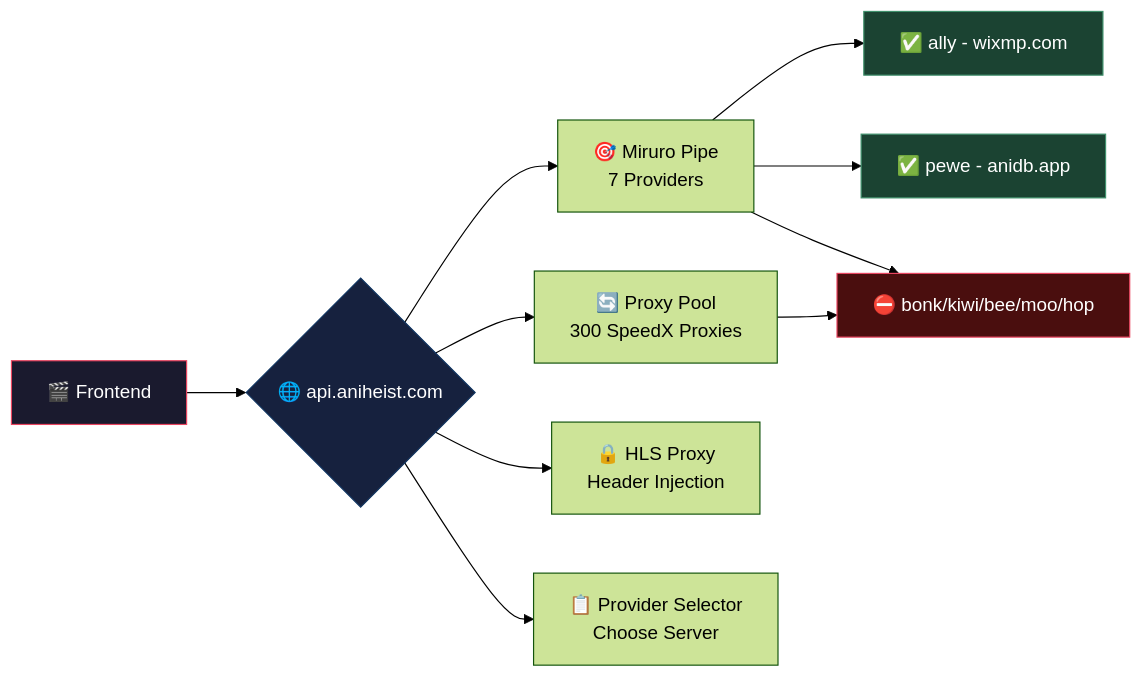
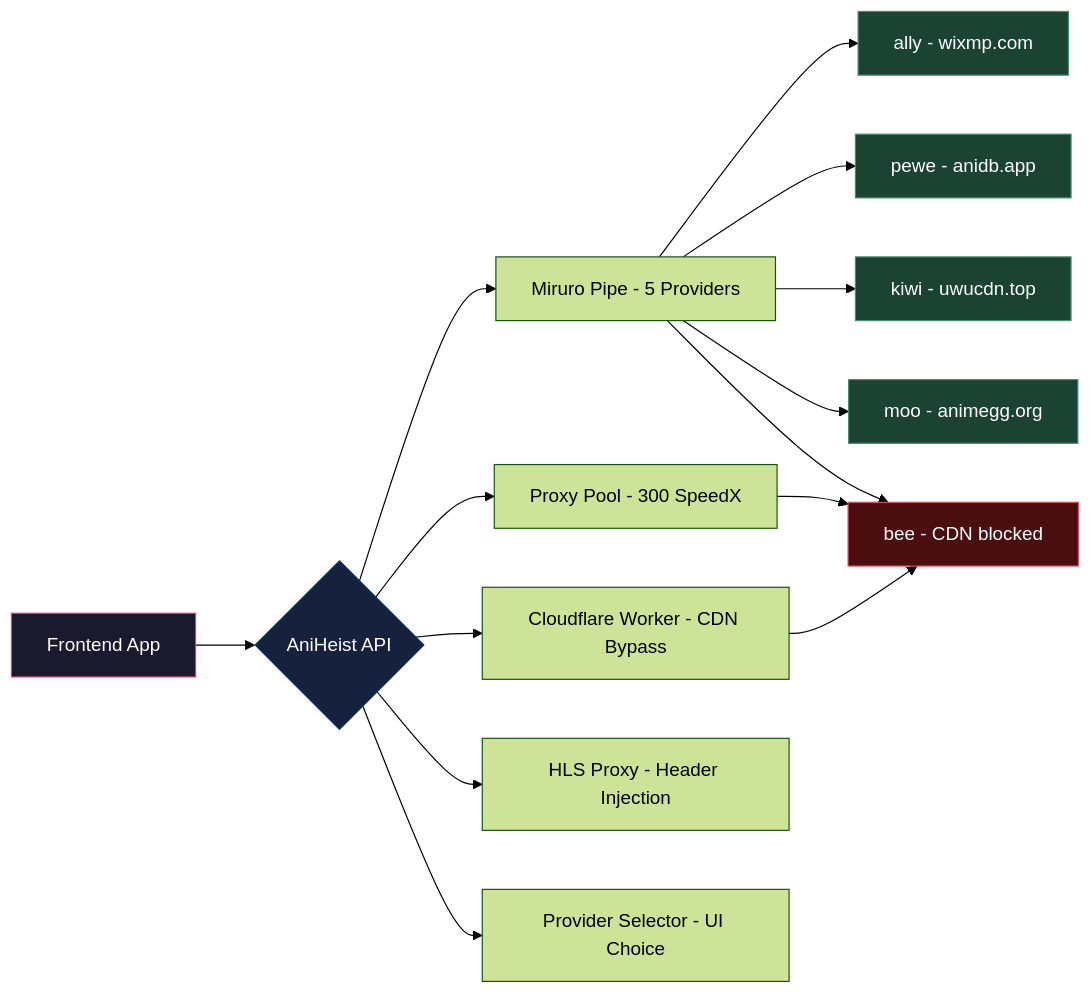
Before and after one commit to ZenHamza/AniHeist-API: the diagram in README.md, drawn with Mermaid (forest theme). The commit also changed other lines of this file and 8 other files, not shown here.

Commit message:
add 4 working providers (ally, pewe, kiwi, moo), Cloudflare Worker CDN bypass, fix proxy pool time import, update docs

````diff
--- a/README.md
+++ b/README.md
@@ -23,18 +23,24 @@
   ```mermaid
   graph LR
-      A[🎬 Frontend] --> B{🌐 api.aniheist.com}
-      B --> C[🎯 Miruro Pipe<br/>7 Providers]
-      C --> D[✅ ally - wixmp.com]
-      C --> E[✅ pewe - anidb.app]
-      C --> F[⛔ bonk/kiwi/bee/moo/hop]
-      B --> G[🔄 Proxy Pool<br/>300 SpeedX Proxies]
-      G --> F
-      B --> H[🔒 HLS Proxy<br/>Header Injection]
-      B --> I[📋 Provider Selector<br/>Choose Server]
-      
+      A[Frontend App] --> B{AniHeist API}
+      B --> C[Miruro Pipe - 5 Providers]
+      C --> D[ally - wixmp.com]
+      C --> E[pewe - anidb.app]
+      C --> F[kiwi - uwucdn.top]
+      C --> G[moo - animegg.org]
+      C --> H[bee - CDN blocked]
+      B --> I[Proxy Pool - 300 SpeedX]
+      I --> H
+      B --> J[Cloudflare Worker - CDN Bypass]
+      J --> H
+      B --> K[HLS Proxy - Header Injection]
+      B --> L[Provider Selector - UI Choice]
+
       style A fill:#1a1a2e,stroke:#e94560,color:#fff
       style B fill:#16213e,stroke:#0f3460,color:#fff
       style D fill:#1b4332,stroke:#40916c,color:#fff
       style E fill:#1b4332,stroke:#40916c,color:#fff
-      style F fill:#4a0e0e,stroke:#e94560,color:#fff
+      style F fill:#1b4332,stroke:#40916c,color:#fff
+      style G fill:#1b4332,stroke:#40916c,color:#fff
+      style H fill:#4a0e0e,stroke:#e94560,color:#fff
   ```
````
